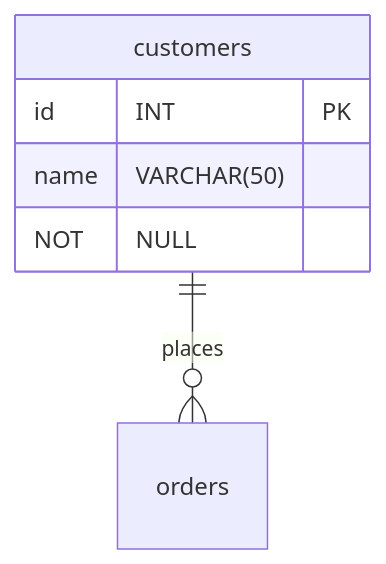
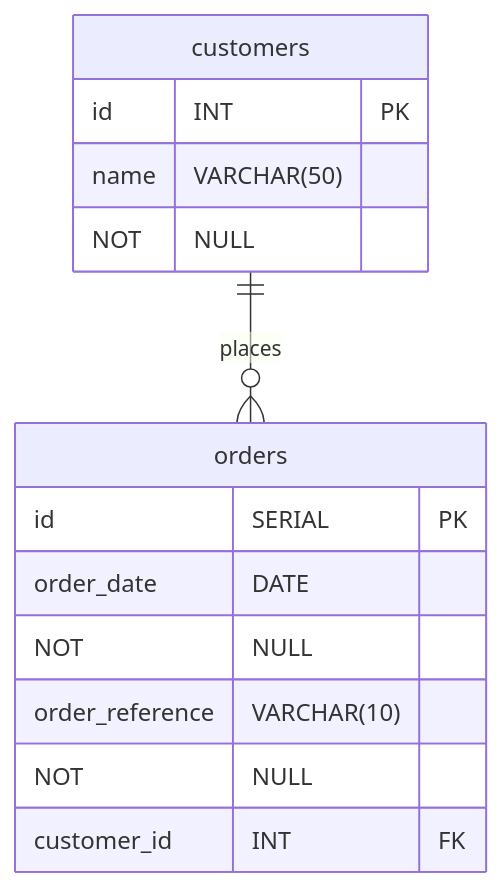
Before and after one commit to CodeYourFuture/Module-Databases: the diagram in E-Commerce/readme.md, drawn with Mermaid.

Commit message:
erDiagram between customers and orders

````diff
--- a/E-Commerce/readme.md
+++ b/E-Commerce/readme.md
@@ -35,8 +35,14 @@
 ```mermaid
 erDiagram
     customers {
         id INT PK
         name VARCHAR(50) NOT NULL
     }
     customers ||--o{ orders : places
+    orders {
+        id SERIAL PK
+    order_date DATE NOT NULL
+    order_reference VARCHAR(10) NOT NULL
+    customer_id INT FK
+    }
 ```
````
